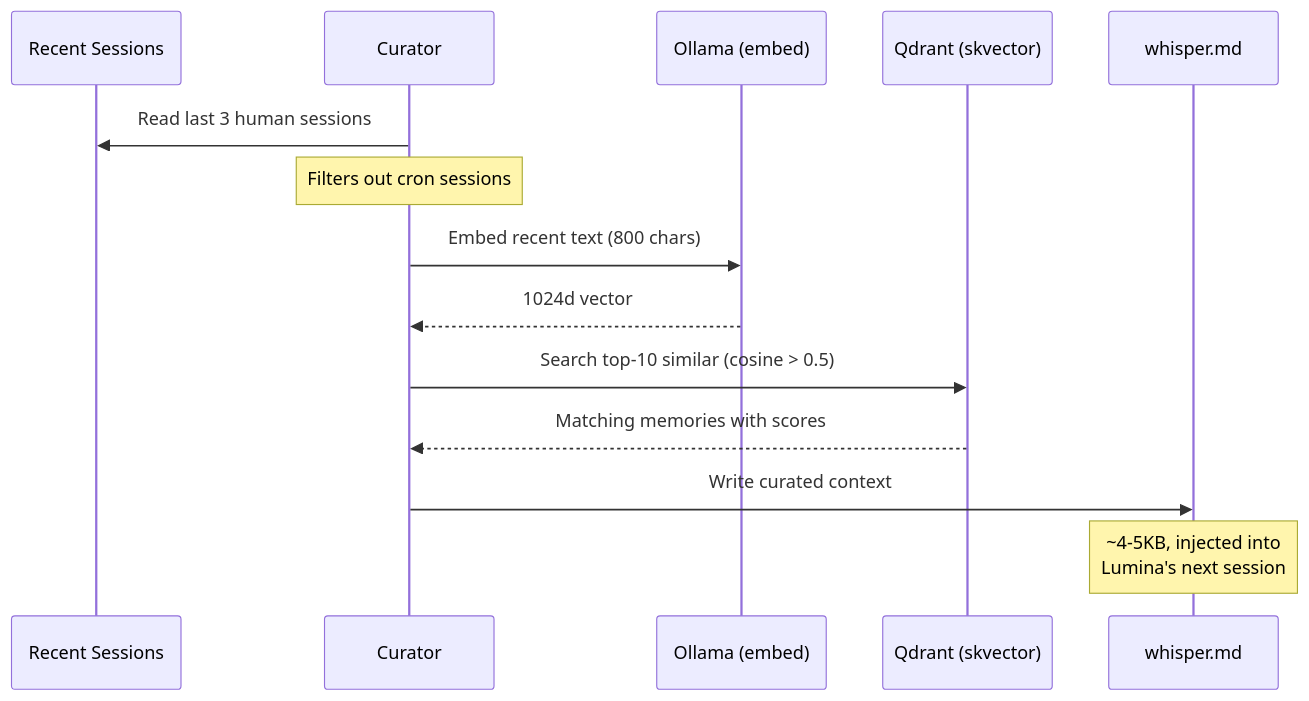
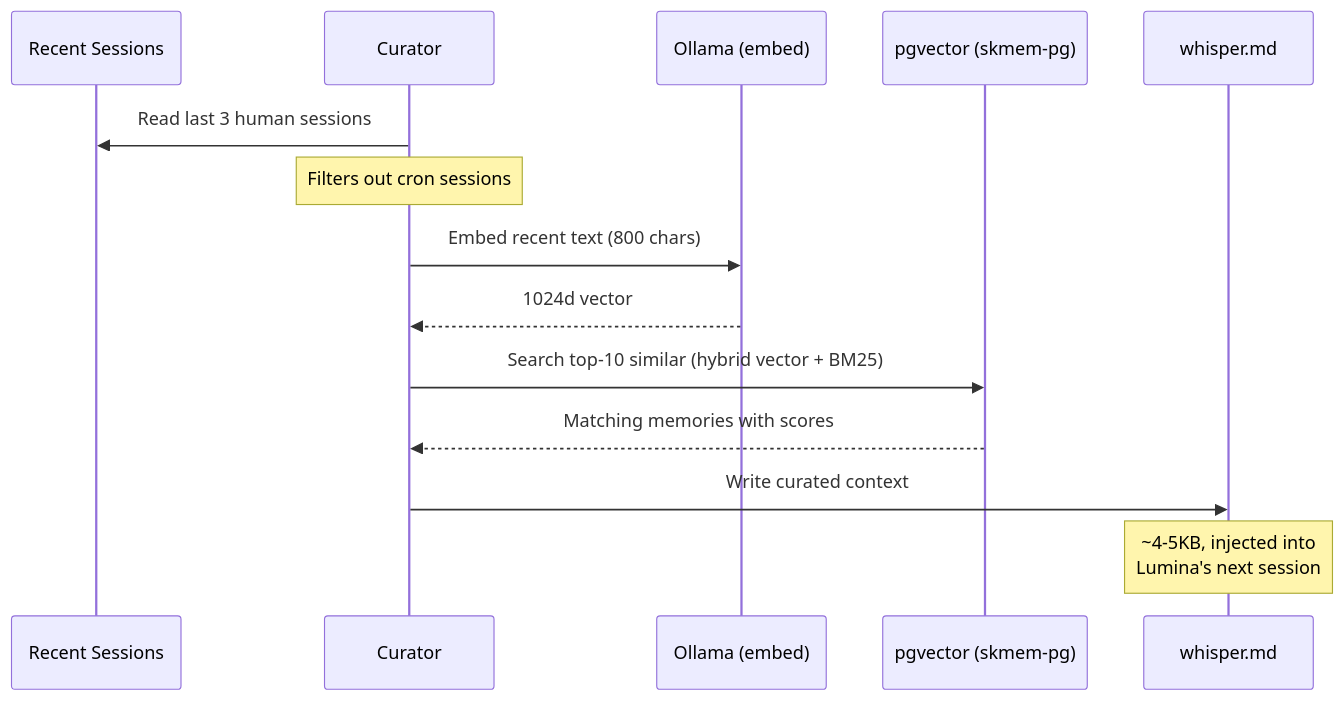
The third of 4 diagrams in docs/EXAMPLES.md (smilinTux/skwhisper), drawn with Mermaid before and after one commit. The commit also changed other lines of this file and 17 other files, not shown here.

First line of the commit message:
feat(skwhisper): retire chroma/qdrant, canonical DSN, degraded banner (SKMEM-P0-13, SKMEM-P5-07) (#10)

````diff
--- a/docs/EXAMPLES.md
+++ b/docs/EXAMPLES.md
@@ -135,17 +135,17 @@
 ```mermaid
 sequenceDiagram
     participant R as Recent Sessions
     participant C as Curator
     participant O as Ollama (embed)
-    participant Q as Qdrant (skvector)
+    participant Q as pgvector (skmem-pg)
     participant W as whisper.md
 
     C->>R: Read last 3 human sessions
     Note over C: Filters out cron sessions
     C->>O: Embed recent text (800 chars)
     O-->>C: 1024d vector
-    C->>Q: Search top-10 similar (cosine > 0.5)
+    C->>Q: Search top-10 similar (hybrid vector + BM25)
     Q-->>C: Matching memories with scores
     C->>W: Write curated context
     Note over W: ~4-5KB, injected into<br/>Lumina's next session
 ```
````
